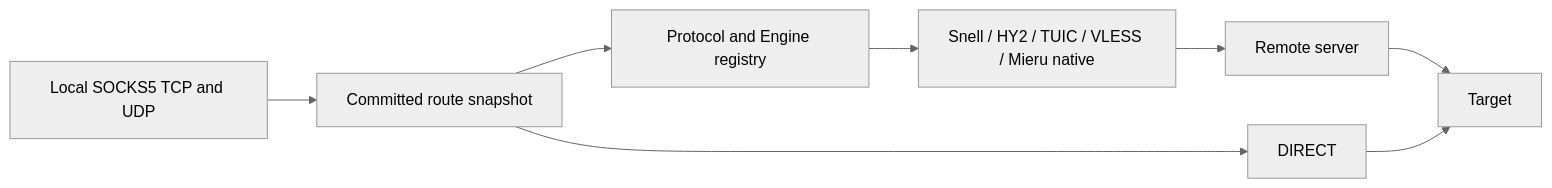
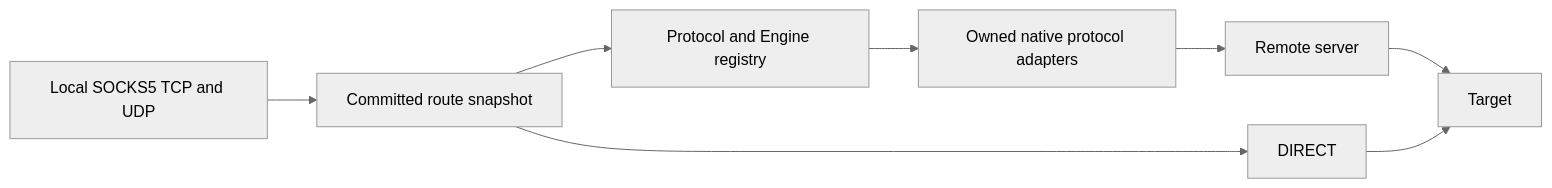
Before and after one commit to ike-sh/Splicore: the diagram in docs/architecture/CLIENT_RUNTIME.md, drawn with Mermaid (neutral theme). The commit also changed other lines of this file and 209 other files, not shown here.

````diff
--- a/docs/architecture/CLIENT_RUNTIME.md
+++ b/docs/architecture/CLIENT_RUNTIME.md
@@ -19,10 +19,10 @@
 ```mermaid
 flowchart LR
     SOCKS[Local SOCKS5 TCP and UDP] --> Snapshot[Committed route snapshot]
     Snapshot --> Direct[DIRECT]
     Snapshot --> Registry[Protocol and Engine registry]
-    Registry --> Native[Snell / HY2 / TUIC / VLESS / Mieru native]
+    Registry --> Native[Owned native protocol adapters]
     Native --> Remote[Remote server]
     Remote --> Target[Target]
     Direct --> Target
 ```
````
